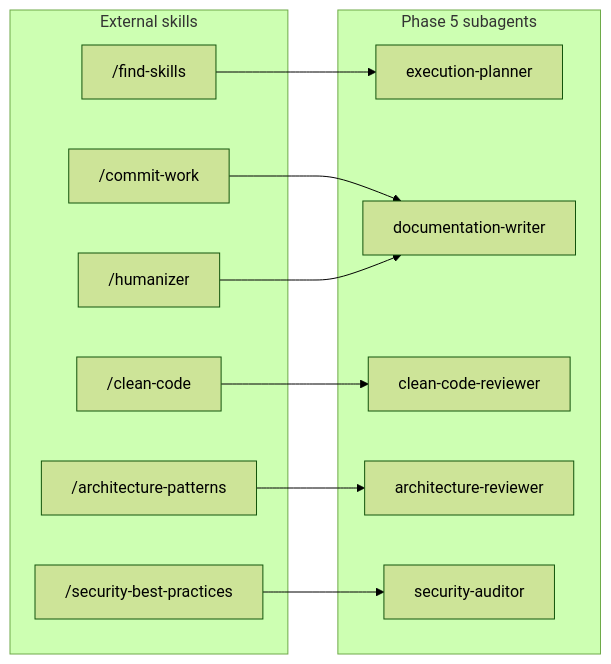
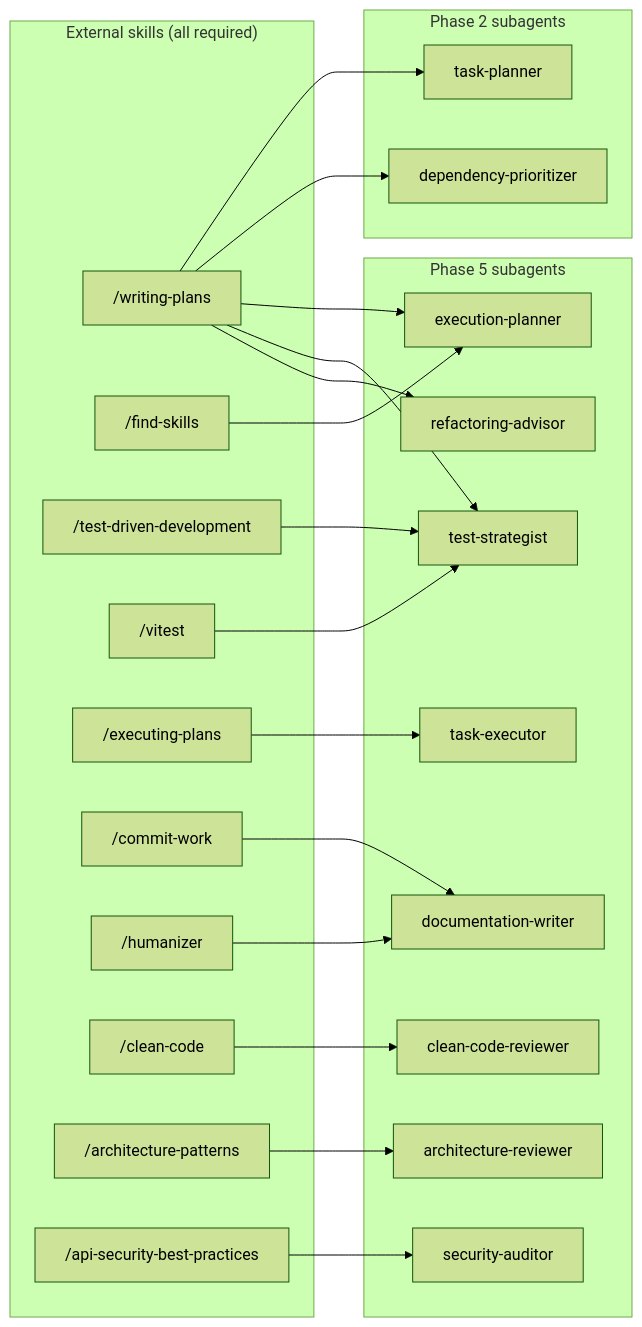
Before and after one commit to b-mendoza/agent-skills: the third of 3 diagrams in docs/orchestrating-jira-workflow/05-principles-and-patterns.md, drawn with Mermaid (forest theme). The commit also changed other lines of this file and 3 other files, not shown here.

First line of the commit message:
docs(orchestrating-jira-workflow): update architecture docs for required dependencies

````diff
--- a/docs/orchestrating-jira-workflow/05-principles-and-patterns.md
+++ b/docs/orchestrating-jira-workflow/05-principles-and-patterns.md
@@ -241,26 +242,46 @@
 ```mermaid
 flowchart LR
-    subgraph SKILLS["External skills"]
+    subgraph SKILLS["External skills (all required)"]
+        WP["/writing-plans"]
         FS["/find-skills"]
+        TDD["/test-driven-development"]
+        VT["/vitest"]
+        EP_S["/executing-plans"]
         CW["/commit-work"]
         HU["/humanizer"]
         CC["/clean-code"]
         AP["/architecture-patterns"]
-        SB["/security-best-practices"]
+        SB["/api-security-best-practices"]
     end
 
-    subgraph AGENTS["Phase 5 subagents"]
+    subgraph P2["Phase 2 subagents"]
+        TP2["task-planner"]
+        DP2["dependency-prioritizer"]
+    end
+
+    subgraph P5["Phase 5 subagents"]
         EP2["execution-planner"]
+        TS2["test-strategist"]
+        RA2["refactoring-advisor"]
+        TE2["task-executor"]
         DW2["documentation-writer"]
         CCR["clean-code-reviewer"]
         AR["architecture-reviewer"]
         SA["security-auditor"]
     end
 
+    WP --> TP2
+    WP --> DP2
+    WP --> EP2
+    WP --> TS2
+    WP --> RA2
     FS --> EP2
+    TDD --> TS2
+    VT --> TS2
+    EP_S --> TE2
     CW --> DW2
     HU --> DW2
     CC --> CCR
     AP --> AR
     SB --> SA
 ```
````
